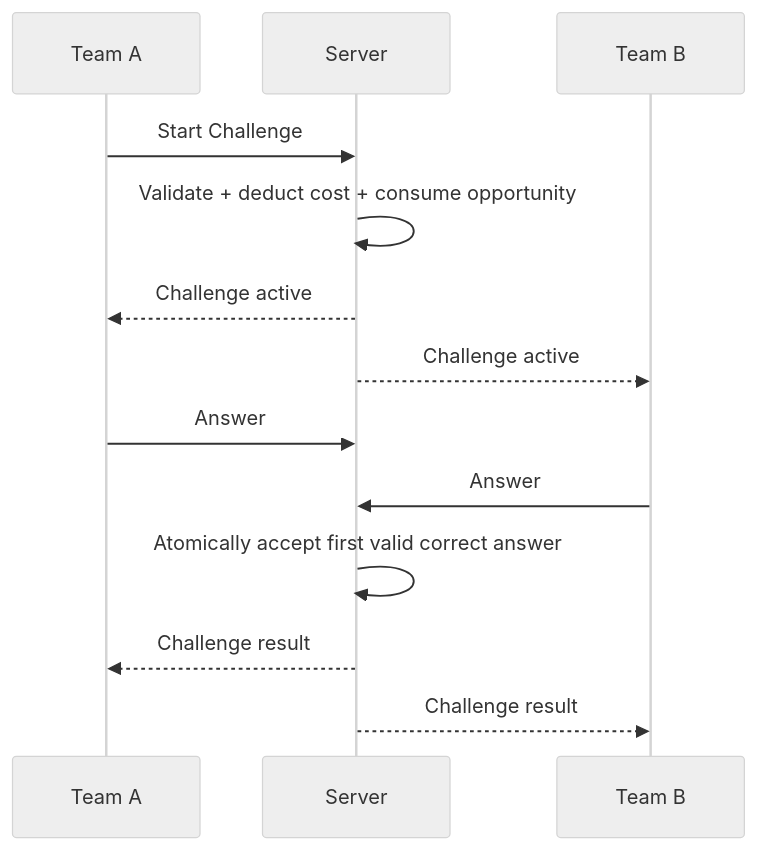
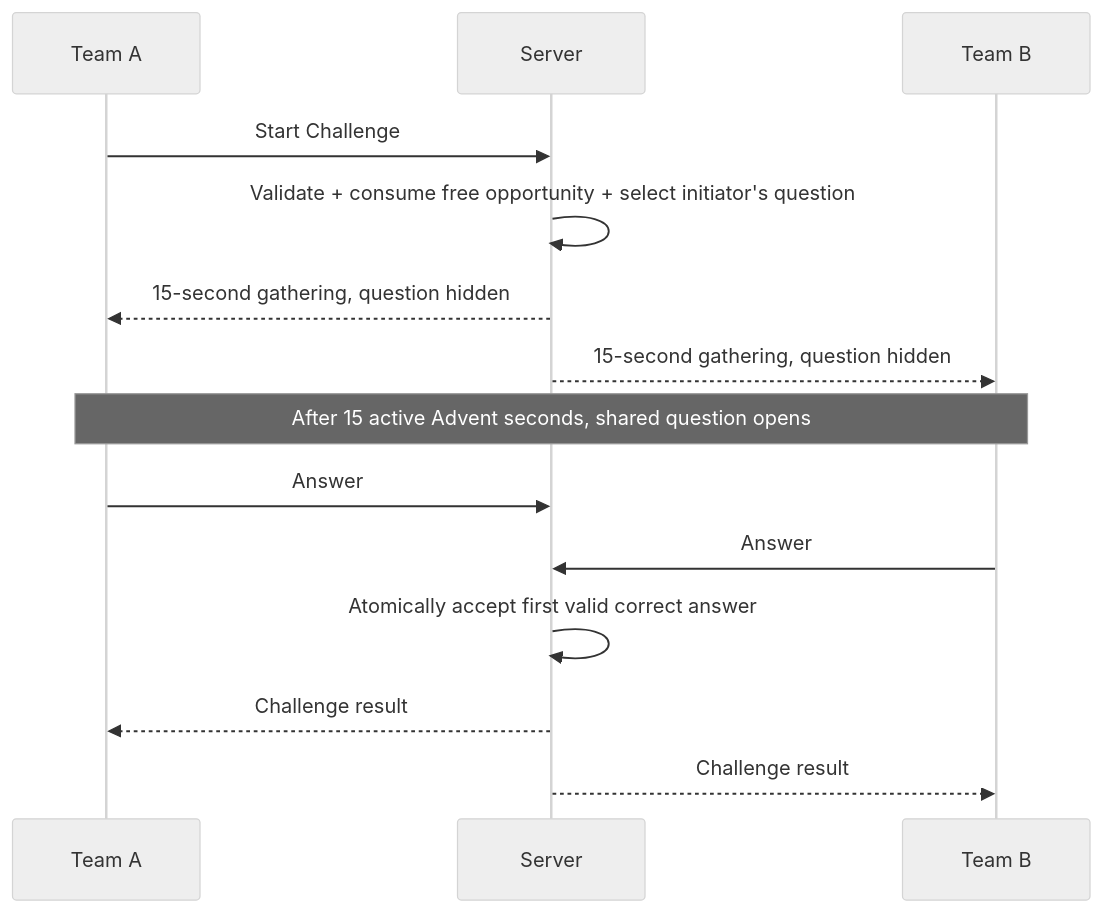
The seventh of 11 diagrams in christmas-2026-game-rules-state-semantics.md (TristanAlbers/christmas-quiz), drawn with Mermaid (neutral theme) before and after one commit. The commit also changed other lines of this file and 15 other files, not shown here.

````diff
--- a/christmas-2026-game-rules-state-semantics.md
+++ b/christmas-2026-game-rules-state-semantics.md
@@ -498,17 +503,17 @@
 ```mermaid
 sequenceDiagram
     participant A as Team A
     participant S as Server
     participant B as Team B
 
     A->>S: Start Challenge
-    S->>S: Validate + deduct cost + consume opportunity
-    S-->>A: Challenge active
-    S-->>B: Challenge active
-
+    S->>S: Validate + consume free opportunity + select initiator's question
+    S-->>A: 15-second gathering, question hidden
+    S-->>B: 15-second gathering, question hidden
+    Note over A,B: After 15 active Advent seconds, shared question opens
     A->>S: Answer
     B->>S: Answer
     S->>S: Atomically accept first valid correct answer
     S-->>A: Challenge result
     S-->>B: Challenge result
 ```
````
